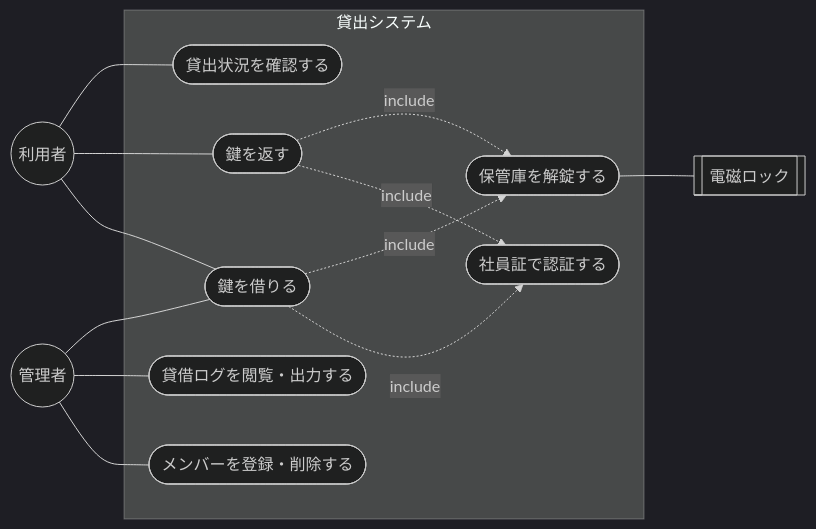
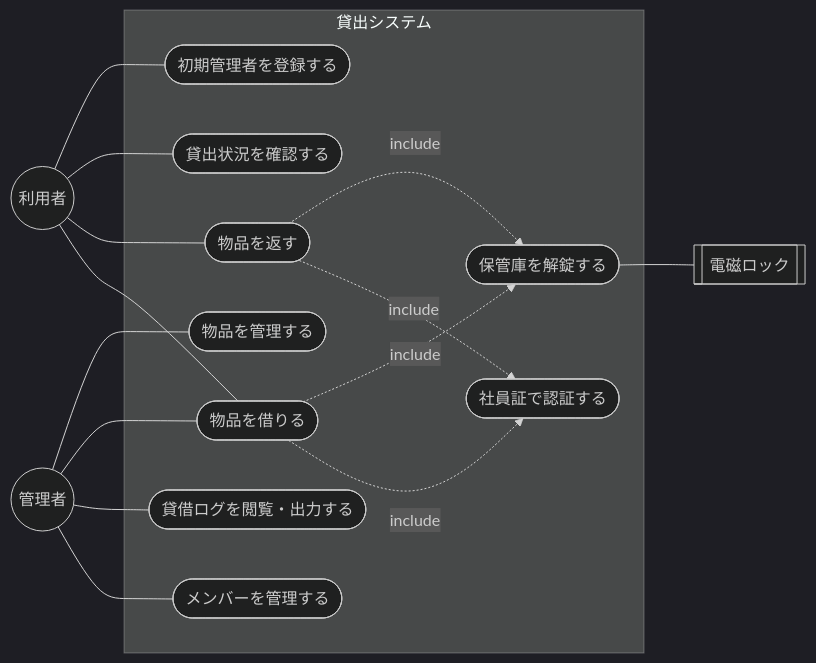
One commit to ootomonaiso/card changed the diagram in docs/04_ユースケース定義.md. Above: the diagram before and after it, drawn with Mermaid (dark theme). The commit also changed other lines of this file and 18 other files, not shown here.

````diff
--- a/docs/04_ユースケース定義.md
+++ b/docs/04_ユースケース定義.md
@@ -15,26 +15,30 @@
 ```mermaid
 flowchart LR
   U((利用者))
   M((管理者))
   S[[電磁ロック]]
   subgraph SYS[貸出システム]
     UC1([社員証で認証する])
-    UC2([鍵を借りる])
-    UC3([鍵を返す])
+    UC2([物品を借りる])
+    UC3([物品を返す])
     UC4([貸出状況を確認する])
-    UC5([メンバーを登録・削除する])
+    UC5([メンバーを管理する])
     UC6([貸借ログを閲覧・出力する])
     UC7([保管庫を解錠する])
+    UC8([初期管理者を登録する])
+    UC9([物品を管理する])
   end
   U --- UC2
   U --- UC3
   U --- UC4
+  U --- UC8
   M --- UC5
   M --- UC6
   M --- UC2
+  M --- UC9
   UC2 -. include .-> UC1
   UC3 -. include .-> UC1
   UC2 -. include .-> UC7
   UC3 -. include .-> UC7
   UC7 --- S
 ```
````
